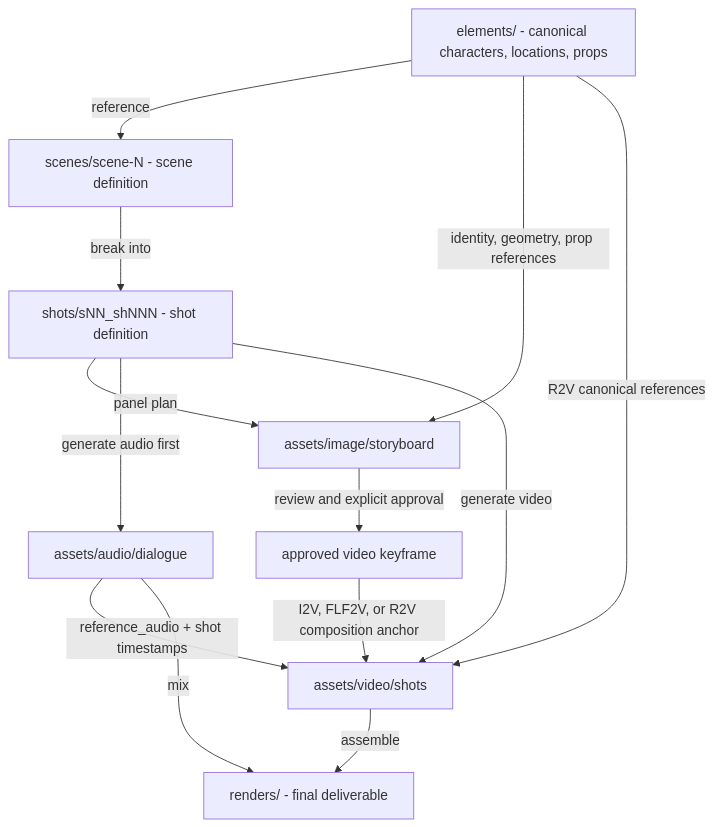
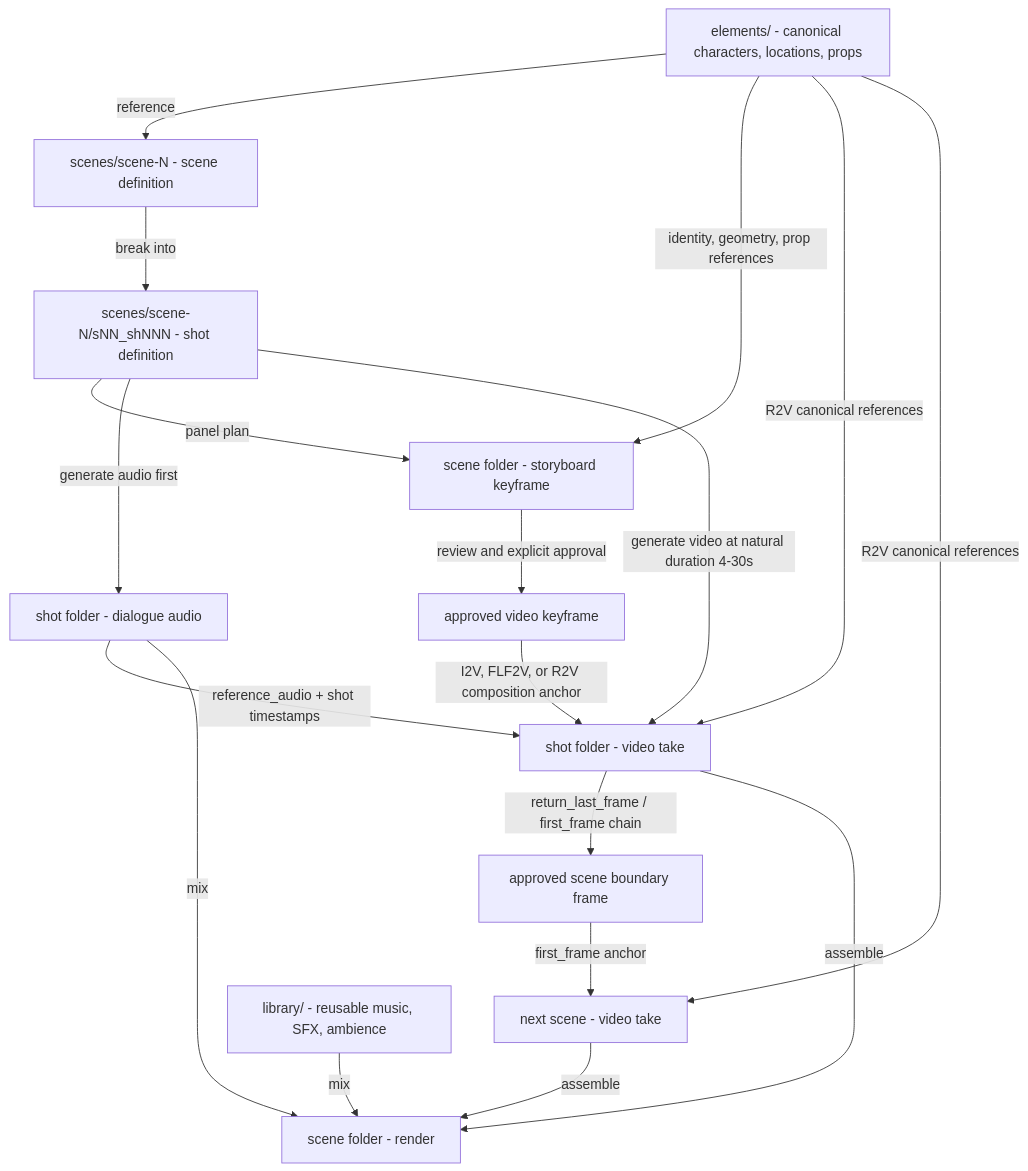
The second of 3 diagrams in AGENTS.md (ArthurReimus-ByteDance/ark-director), drawn with Mermaid before and after one commit. The commit also changed other lines of this file and 4 other files, not shown here.

First line of the commit message:
docs: make per-scene variable-duration generation the default strategy

````diff
--- a/AGENTS.md
+++ b/AGENTS.md
@@ -195,15 +175,20 @@
 ```mermaid
 flowchart TD
   E[elements/ - canonical characters, locations, props] -->|reference| S
-  S[scenes/scene-N - scene definition] -->|break into| SH[shots/sNN_shNNN - shot definition]
-  E -->|identity, geometry, prop references| IMG1[assets/image/storyboard]
+  S[scenes/scene-N - scene definition] -->|break into| SH[scenes/scene-N/sNN_shNNN - shot definition]
+  E -->|identity, geometry, prop references| IMG1[scene folder - storyboard keyframe]
   SH -->|panel plan| IMG1
   IMG1 -->|review and explicit approval| KF[approved video keyframe]
-  SH -->|generate audio first| AUD[assets/audio/dialogue]
+  SH -->|generate audio first| AUD[shot folder - dialogue audio]
   AUD -->|reference_audio + shot timestamps| VID
-  SH -->|generate video| VID[assets/video/shots]
+  SH -->|generate video at natural duration 4-30s| VID[shot folder - video take]
   KF -->|I2V, FLF2V, or R2V composition anchor| VID
-  VID -->|assemble| R[renders/ - final deliverable]
+  VID -->|return_last_frame / first_frame chain| NEXT[approved scene boundary frame]
+  NEXT -->|first_frame anchor| VID2[next scene - video take]
+  VID -->|assemble| R[scene folder - render]
+  VID2 -->|assemble| R
   AUD -->|mix| R
   E -->|R2V canonical references| VID
+  E -->|R2V canonical references| VID2
+  LIB[library/ - reusable music, SFX, ambience] -->|mix| R
 ```
````
